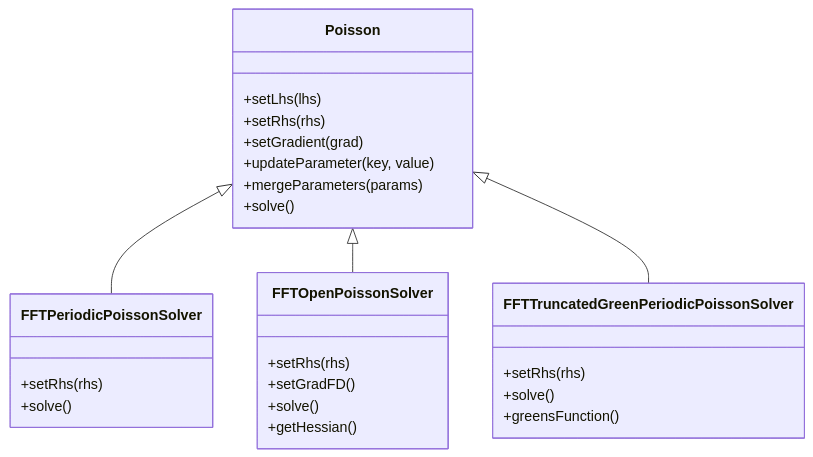
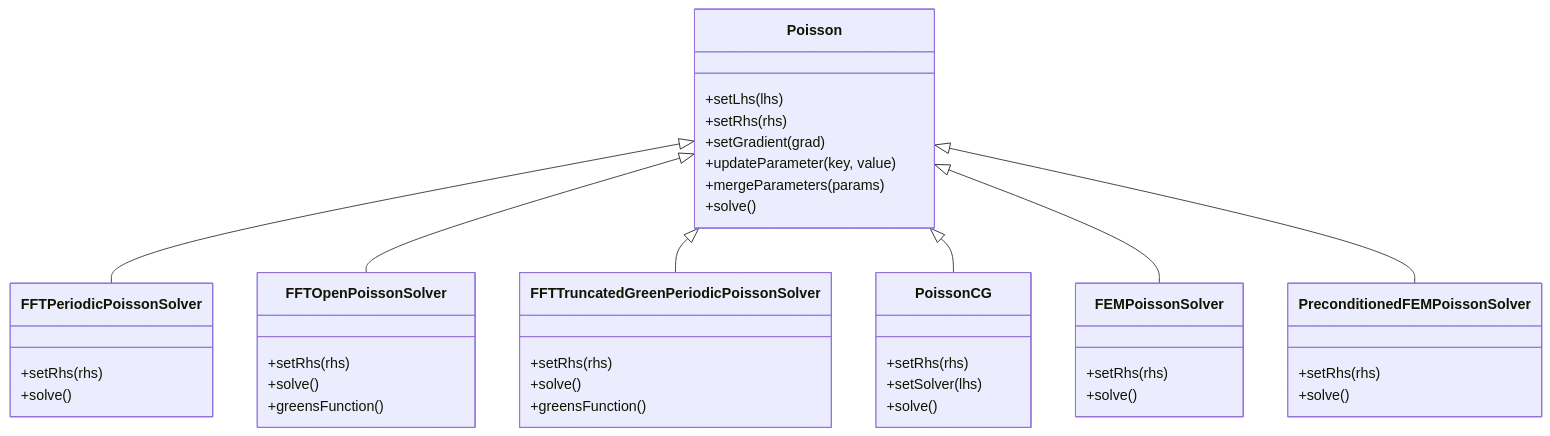
The diagram in sections/poisson-solvers/index.qmd (IPPL-framework/Manual), drawn with Mermaid before and after one commit. The commit also changed other lines of this file, not shown here.

Commit message:
fix poisson solvers

````diff
--- a/sections/poisson-solvers/index.qmd
+++ b/sections/poisson-solvers/index.qmd
@@ -23,30 +27,45 @@
 ```{mermaid}
 classDiagram
   class Poisson {
     +setLhs(lhs)
     +setRhs(rhs)
     +setGradient(grad)
     +updateParameter(key, value)
     +mergeParameters(params)
     +solve()
   }
   class FFTPeriodicPoissonSolver {
     +setRhs(rhs)
     +solve()
   }
   class FFTOpenPoissonSolver {
     +setRhs(rhs)
-    +setGradFD()
     +solve()
-    +getHessian()
+    +greensFunction()
   }
   class FFTTruncatedGreenPeriodicPoissonSolver {
     +setRhs(rhs)
     +solve()
     +greensFunction()
   }
+  class PoissonCG {
+    +setRhs(rhs)
+    +setSolver(lhs)
+    +solve()
+  }
+  class FEMPoissonSolver {
+    +setRhs(rhs)
+    +solve()
+  }
+  class PreconditionedFEMPoissonSolver {
+    +setRhs(rhs)
+    +solve()
+  }
 
   Poisson <|-- FFTPeriodicPoissonSolver
   Poisson <|-- FFTOpenPoissonSolver
   Poisson <|-- FFTTruncatedGreenPeriodicPoissonSolver
+  Poisson <|-- PoissonCG
+  Poisson <|-- FEMPoissonSolver
+  Poisson <|-- PreconditionedFEMPoissonSolver
 ```
````
